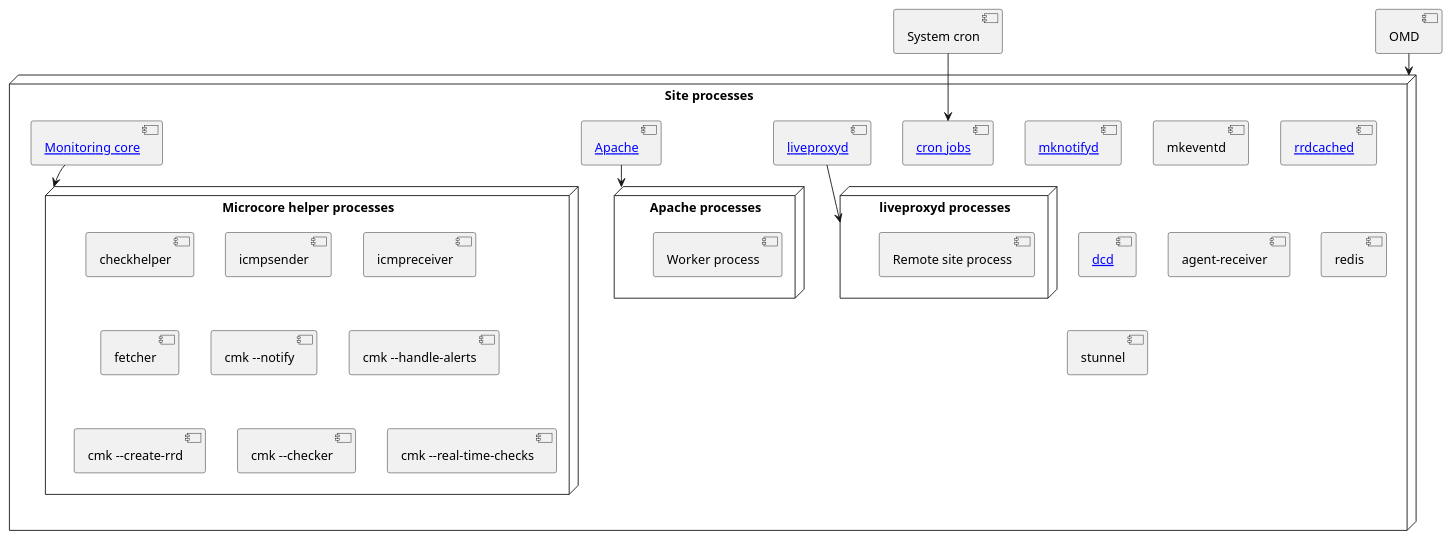
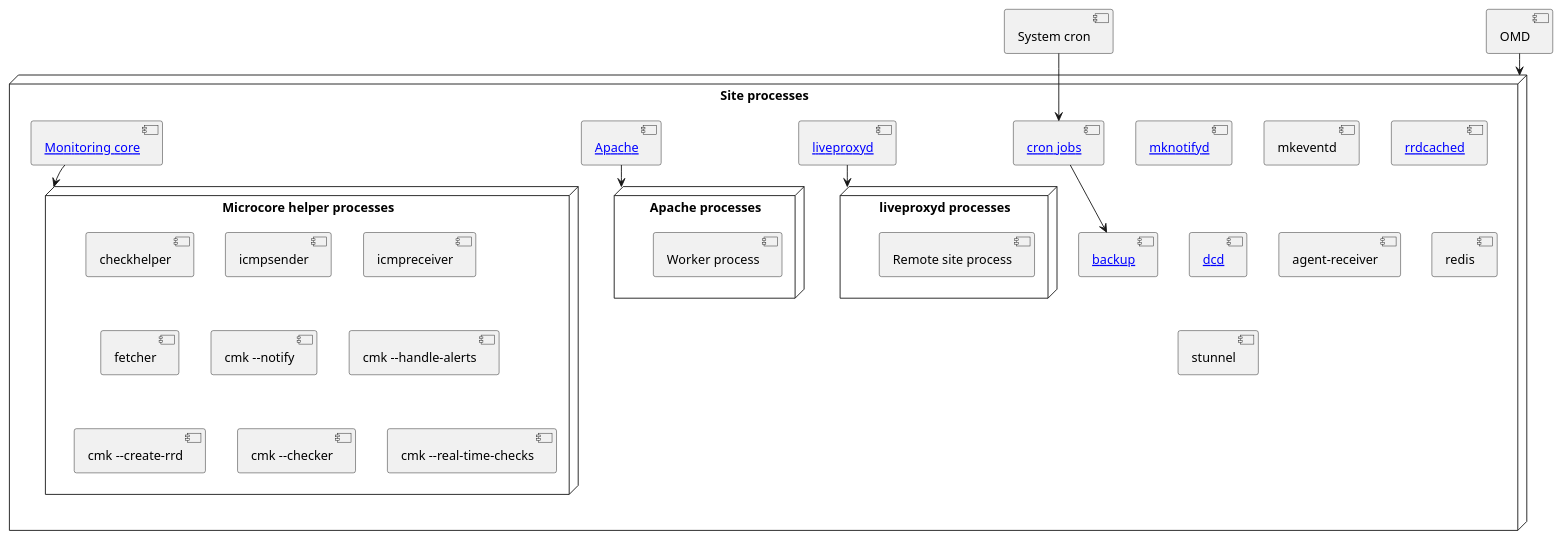
Before and after one commit to Checkmk/checkmk: the diagram in doc/documentation/arch-comp-omd.rst, drawn with PlantUML. The commit also changed 4 other files, not shown here.

Commit message:
Start backup architecture documentation

```diff
--- a/doc/documentation/arch-comp-omd.rst
+++ b/doc/documentation/arch-comp-omd.rst
@@ -93,40 +93,42 @@
 .. uml::
 
     component "System cron" as cron
     [OMD]
     node "Site processes" as omd_p {
         component "[[../arch-comp-crontab.html cron jobs]]" as cronjobs
+        component "[[../arch-comp-backup.html backup]]" as backup
         component "[[../arch-comp-mknotifyd.html mknotifyd]]" as mknotifyd
         [mkeventd]
         component "[[../arch-comp-rrdcached.html rrdcached]]" as rrdcached
         [liveproxyd]
         component "[[../arch-comp-liveproxyd.html liveproxyd]]" as liveproxyd
         component "[[../arch-comp-dcd.html dcd]]" as dcd
         component "[[../arch-comp-apache.html Apache]]" as apache
         [agent-receiver]
         [redis]
         [stunnel]
         component "[[../arch-comp-core.html Monitoring core]]" as cmc
         node "Microcore helper processes" as cmc_p {
            [checkhelper] as checker
            [icmpsender]
            [icmpreceiver]
            [fetcher]
            [cmk --notify]
            [cmk --handle-alerts]
            [cmk --create-rrd]
            [cmk --checker]
            [cmk --real-time-checks]
         }
         node "liveproxyd processes" as liveproxyd_p {
            [Remote site process]
         }
         node "Apache processes" as apache_p {
            [Worker process]
         }
     }
     OMD -d-> omd_p
     cmc -d-> cmc_p
     liveproxyd -d-> liveproxyd_p
     apache -d-> apache_p
     cron -d-> cronjobs
+    cronjobs -d-> backup
```
